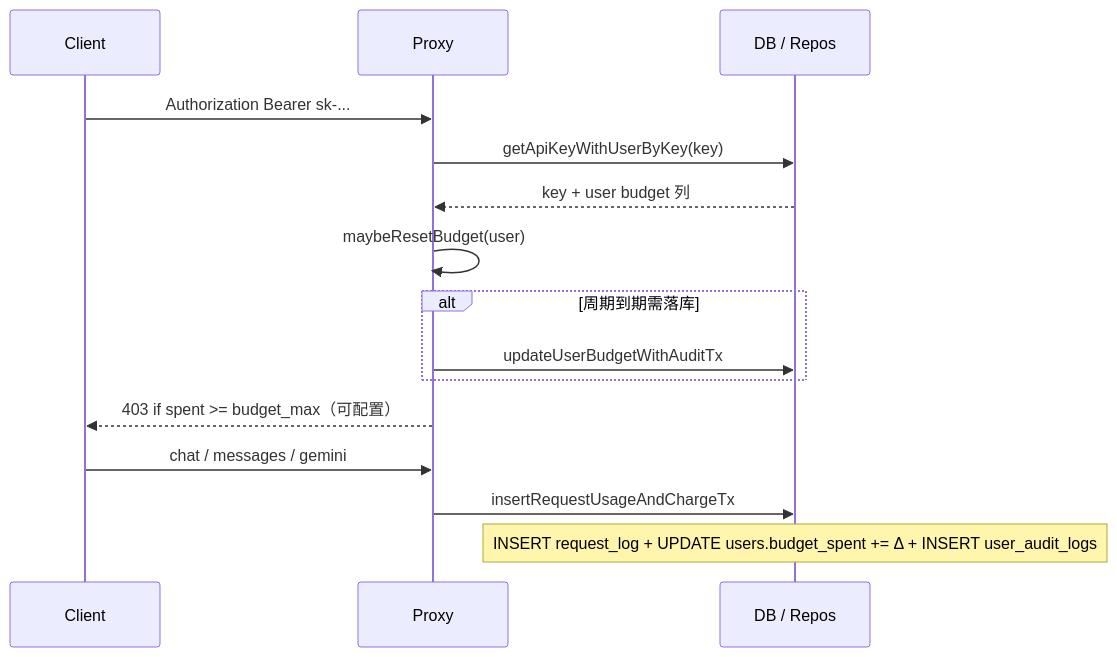
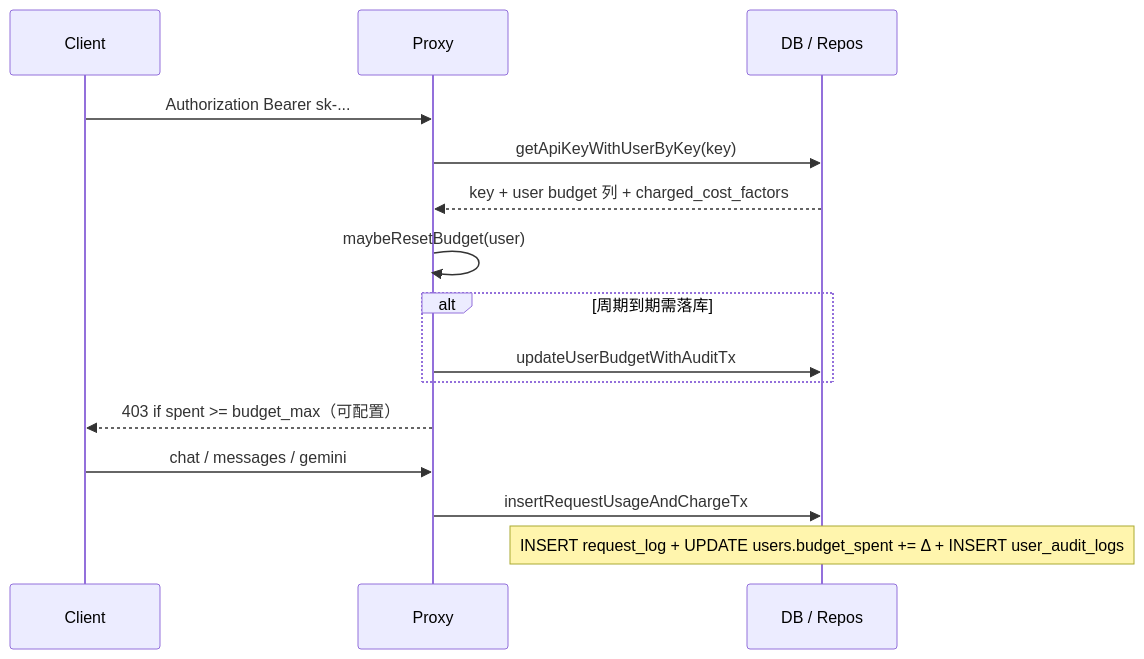
The second of 2 diagrams in docs/developers/architecture/runtime-data.md (OctaFuse/octafuse-gateway), drawn with Mermaid before and after one commit. The commit also changed other lines of this file and 15 other files, not shown here.

First line of the commit message:
feat(docs): update README files to include new DashScope multimodal ASR and user-specific pricing factors

````diff
--- a/docs/developers/architecture/runtime-data.md
+++ b/docs/developers/architecture/runtime-data.md
@@ -123,18 +128,18 @@
 ```mermaid
 sequenceDiagram
   participant C as Client
   participant P as Proxy
   participant DB as DB / Repos
 
   C->>P: Authorization Bearer sk-...
   P->>DB: getApiKeyWithUserByKey(key)
-  DB-->>P: key + user budget 列
+  DB-->>P: key + user budget 列 + charged_cost_factors
   P->>P: maybeResetBudget(user)
   alt 周期到期需落库
     P->>DB: updateUserBudgetWithAuditTx
   end
   P-->>C: 403 if spent >= budget_max（可配置）
   C->>P: chat / messages / gemini
   P->>DB: insertRequestUsageAndChargeTx
   Note over DB: INSERT request_log + UPDATE users.budget_spent += Δ + INSERT user_audit_logs
 ```
````
